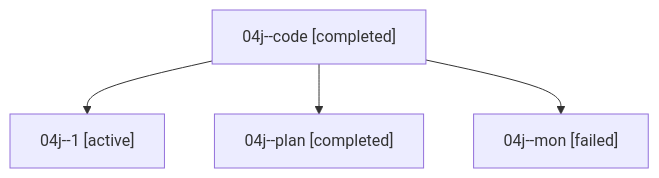
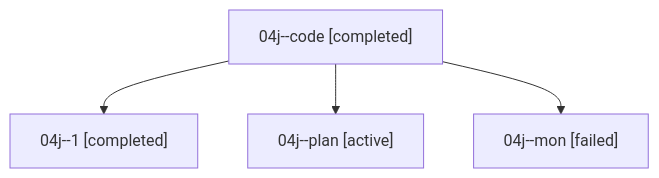
One commit to sase-org/sase--agents changed the diagram in families/bbugyi200.athena.04j.md. Above: the diagram before and after it, drawn with Mermaid. The commit also changed other lines of this file and 35830 other files, not shown here.

````diff
--- a/families/bbugyi200.athena.04j.md
+++ b/families/bbugyi200.athena.04j.md
@@ -9,10 +9,10 @@
 ```mermaid
 flowchart TD
   n0["04j--code [completed]"]
-  n1["04j--1 [active]"]
+  n1["04j--1 [completed]"]
   n0 --> n1
-  n2["04j--plan [completed]"]
+  n2["04j--plan [active]"]
   n0 --> n2
   n3["04j--mon [failed]"]
   n0 --> n3
 ```
````
